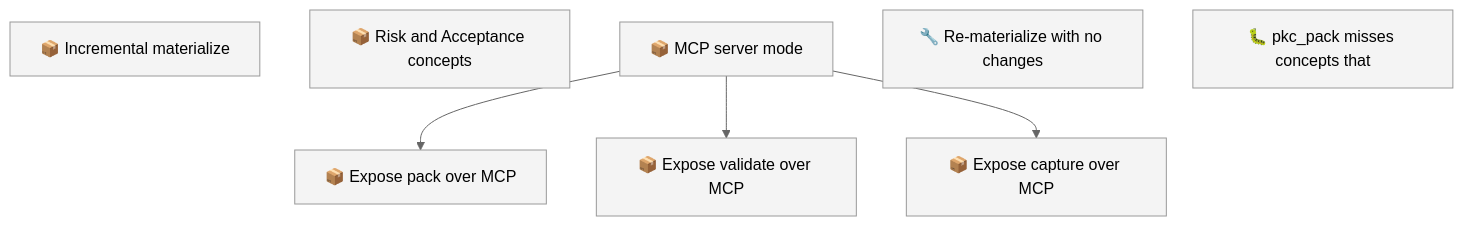
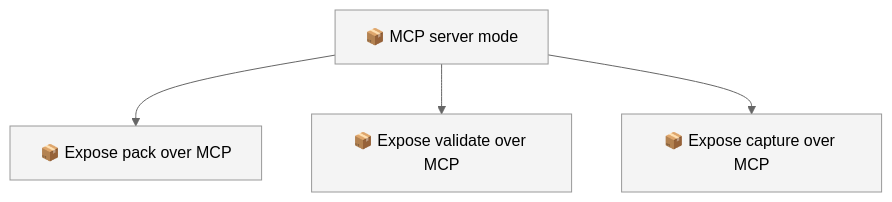
Before and after one commit to SpillwaveSolutions/project-knowledge-capture: the first of 2 diagrams in docs/roadmap.md, drawn with Mermaid (neutral theme). The commit also changed other lines of this file and 22 other files, not shown here.

First line of the commit message:
fix: pack inbound edges; no-op materialize leaves no diff (#45)

````diff
--- a/docs/roadmap.md
+++ b/docs/roadmap.md
@@ -58,16 +51,12 @@
 ```mermaid
 graph TD
-    01KZ75NQ2VDVFD3R9F0SV38YEN["📦 Incremental materialize"]
-    01KZ75NQ7VFPF3YESB5P90DR29["📦 Risk and Acceptance concepts"]
     01KZ75NQCMYGFYRCVJATEBVBRB["📦 MCP server mode"]
     01KZ75R3EXEG4GVGRP2S9CCKZ4["📦 Expose pack over MCP"]
     01KZ75R3M6BYQ643NKDCCSEEZC["📦 Expose validate over MCP"]
     01KZ75R3S2X1G4PCTGMMSR8BWA["📦 Expose capture over MCP"]
-    01KZD15ZR0JEKW6FA0HXM7W9CG["🔧 Re-materialize with no changes"]
-    01KZD6QRF62XDCPBDH5BN0H1RD["🐛 pkc_pack misses concepts that"]
     01KZ75NQCMYGFYRCVJATEBVBRB --> 01KZ75R3EXEG4GVGRP2S9CCKZ4
     01KZ75NQCMYGFYRCVJATEBVBRB --> 01KZ75R3M6BYQ643NKDCCSEEZC
     01KZ75NQCMYGFYRCVJATEBVBRB --> 01KZ75R3S2X1G4PCTGMMSR8BWA
     classDef todo fill:#f4f4f4,stroke:#999999
-    class 01KZ75NQ2VDVFD3R9F0SV38YEN,01KZ75NQ7VFPF3YESB5P90DR29,01KZ75NQCMYGFYRCVJATEBVBRB,01KZ75R3EXEG4GVGRP2S9CCKZ4,01KZ75R3M6BYQ643NKDCCSEEZC,01KZ75R3S2X1G4PCTGMMSR8BWA,01KZD15ZR0JEKW6FA0HXM7W9CG,01KZD6QRF62XDCPBDH5BN0H1RD todo
+    class 01KZ75NQCMYGFYRCVJATEBVBRB,01KZ75R3EXEG4GVGRP2S9CCKZ4,01KZ75R3M6BYQ643NKDCCSEEZC,01KZ75R3S2X1G4PCTGMMSR8BWA todo
 ```
````
